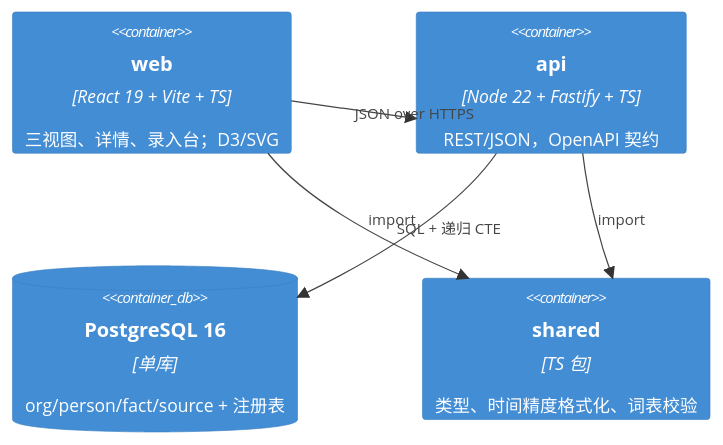
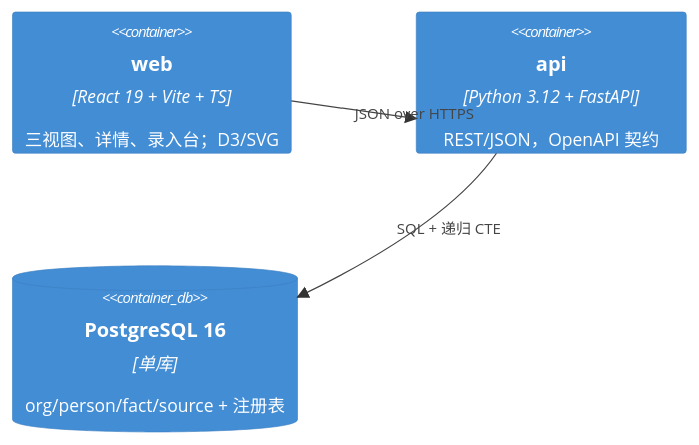
One commit to UGcraftist/meta-pedigree changed the second of 2 diagrams in docs/design/architecture.md. Above: the diagram before and after it, drawn with Mermaid. The commit also changed other lines of this file and 11 other files, not shown here.

````diff
--- a/docs/design/architecture.md
+++ b/docs/design/architecture.md
@@ -27,12 +27,9 @@
 ```mermaid
 C4Container
   Container(web, "web", "React 19 + Vite + TS", "三视图、详情、录入台；D3/SVG")
-  Container(api, "api", "Node 22 + Fastify + TS", "REST/JSON，OpenAPI 契约")
+  Container(api, "api", "Python 3.12 + FastAPI", "REST/JSON，OpenAPI 契约")
   ContainerDb(pg, "PostgreSQL 16", "单库", "org/person/fact/source + 注册表")
-  Container(shared, "shared", "TS 包", "类型、时间精度格式化、词表校验")
 
   Rel(web, api, "JSON over HTTPS")
-  Rel(web, shared, "import")
   Rel(api, pg, "SQL + 递归 CTE")
-  Rel(api, shared, "import")
 ```
````
